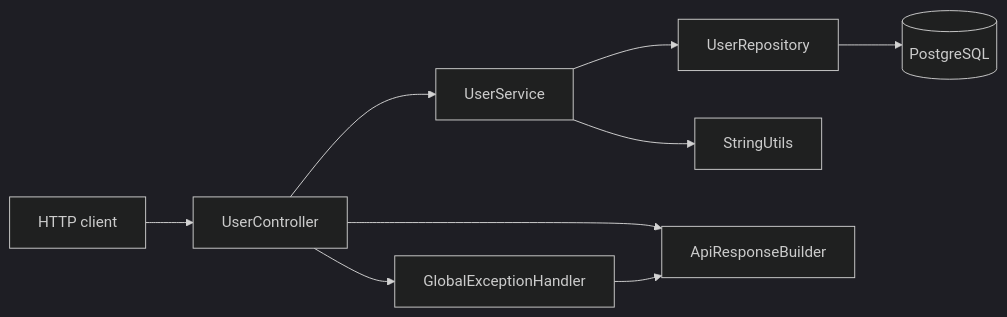
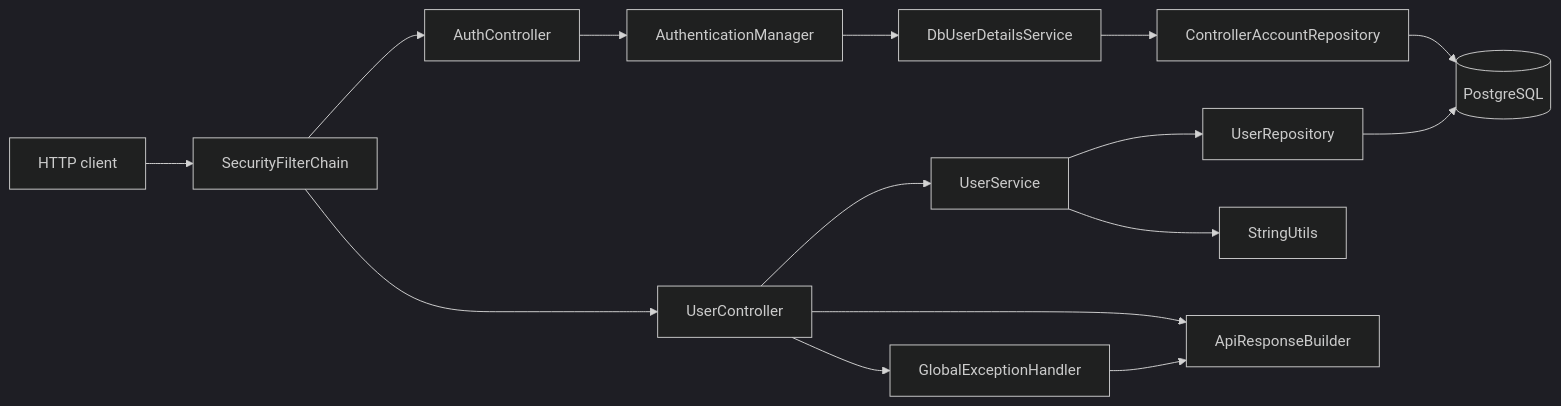
Before and after one commit to DKLokeswaran/db-backend: the diagram in docs/README.md, drawn with Mermaid (dark theme). The commit also changed other lines of this file and 28 other files, not shown here.

First line of the commit message:
Add session-cookie authentication for controller accounts.

````diff
--- a/docs/README.md
+++ b/docs/README.md
@@ -31,11 +31,17 @@
 ```mermaid
 flowchart LR
-  Client[HTTP client] --> Controller[UserController]
+  Client[HTTP client] --> SFC[SecurityFilterChain]
+  SFC --> AuthController[AuthController]
+  SFC --> Controller[UserController]
+  AuthController --> AM[AuthenticationManager]
+  AM --> DUDS[DbUserDetailsService]
+  DUDS --> CAR[ControllerAccountRepository]
   Controller --> Service[UserService]
   Service --> Repo[UserRepository]
   Service --> StringUtils[StringUtils]
   Controller --> Util[ApiResponseBuilder]
   Controller --> EH[GlobalExceptionHandler]
   Repo --> DB[(PostgreSQL)]
+  CAR --> DB
   EH --> Util
 ```
````
